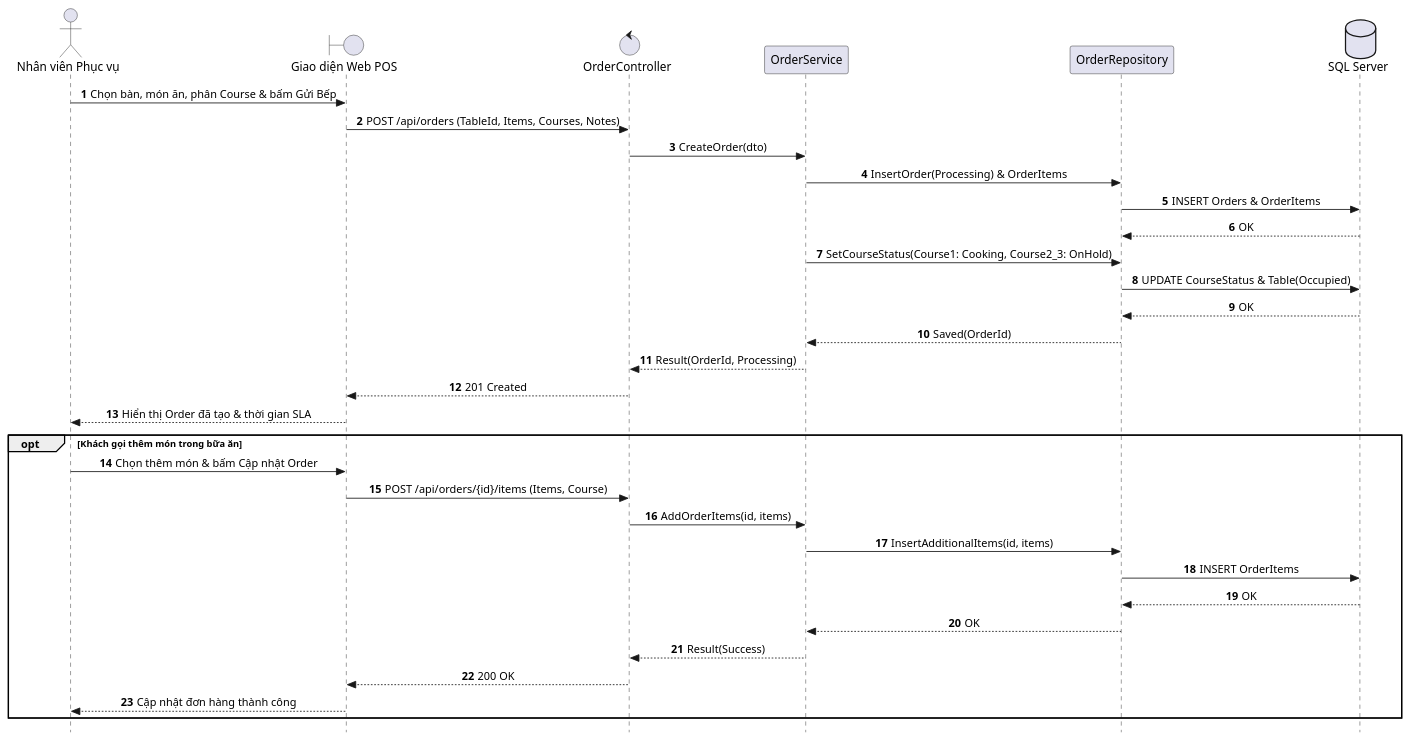
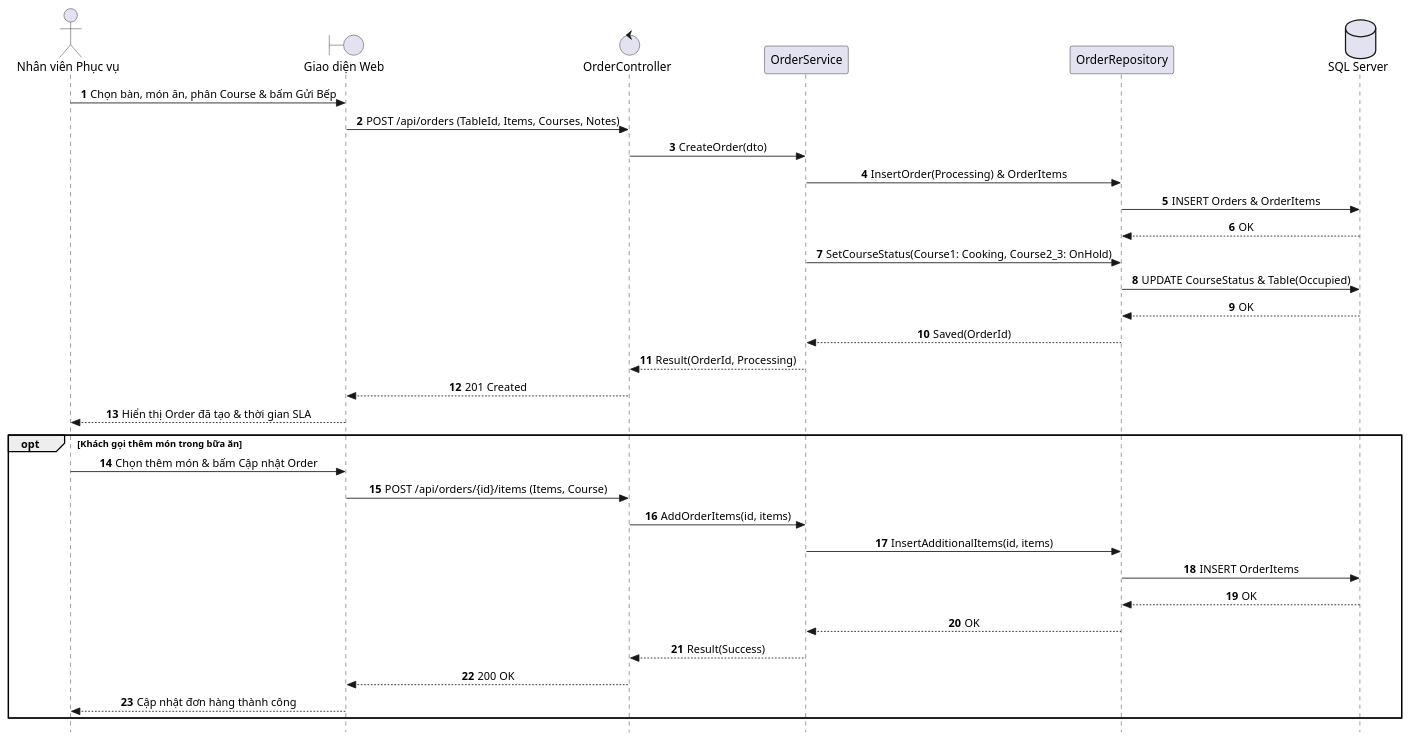
The diagram in docs/puml/sequences/SD_UC_E1_Create_Order_KDS.puml (AndrewQng/VinDining), drawn with PlantUML before and after one commit. The commit also changed other lines of this file and 87 other files, not shown here.

Commit message:
docs: add phase 1 use case specifications, sequence diagrams, and architecture diagrams

```diff
--- a/docs/puml/sequences/SD_UC_E1_Create_Order_KDS.puml
+++ b/docs/puml/sequences/SD_UC_E1_Create_Order_KDS.puml
@@ -1,40 +1,40 @@
 @startuml SD_UC_E1_Create_Order_KDS
 autonumber
 skinparam style strictuml
 skinparam sequenceMessageAlign center
 skinparam responseMessageBelowArrow true
 
 actor "Nhân viên Phục vụ" as Waitstaff
-boundary "Giao diện Web POS" as UI
+boundary "Giao diện Web" as UI
 control "OrderController" as Controller
 participant "OrderService" as Service
 participant "OrderRepository" as Repo
 database "SQL Server" as DB
 
 Waitstaff -> UI: Chọn bàn, món ăn, phân Course & bấm Gửi Bếp
 UI -> Controller: POST /api/orders (TableId, Items, Courses, Notes)
 Controller -> Service: CreateOrder(dto)
 Service -> Repo: InsertOrder(Processing) & OrderItems
 Repo -> DB: INSERT Orders & OrderItems
 DB --> Repo: OK
 Service -> Repo: SetCourseStatus(Course1: Cooking, Course2_3: OnHold)
 Repo -> DB: UPDATE CourseStatus & Table(Occupied)
 DB --> Repo: OK
 Repo --> Service: Saved(OrderId)
 Service --> Controller: Result(OrderId, Processing)
 Controller --> UI: 201 Created 
 UI --> Waitstaff: Hiển thị Order đã tạo & thời gian SLA
 
 opt Khách gọi thêm món trong bữa ăn
     Waitstaff -> UI: Chọn thêm món & bấm Cập nhật Order
     UI -> Controller: POST /api/orders/{id}/items (Items, Course)
     Controller -> Service: AddOrderItems(id, items)
     Service -> Repo: InsertAdditionalItems(id, items)
     Repo -> DB: INSERT OrderItems
     DB --> Repo: OK
     Repo --> Service: OK
     Service --> Controller: Result(Success)
     Controller --> UI: 200 OK 
     UI --> Waitstaff: Cập nhật đơn hàng thành công
 end
 @enduml
```
